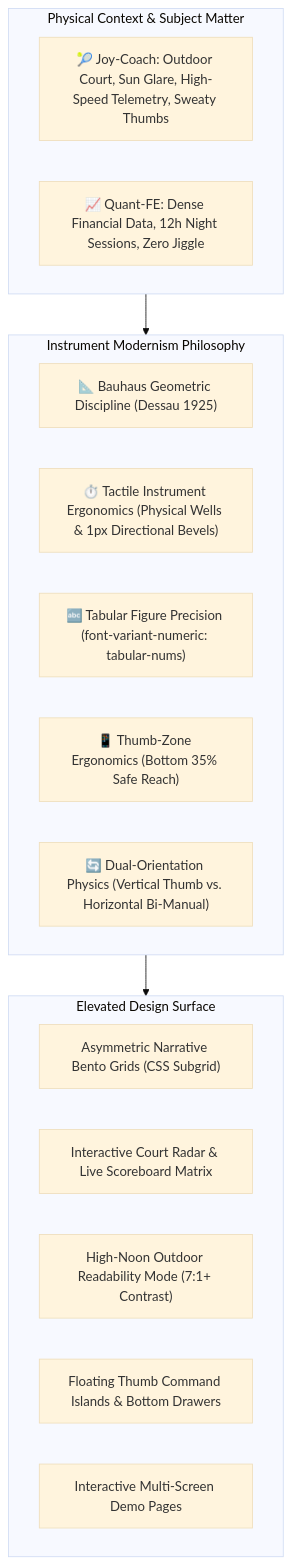
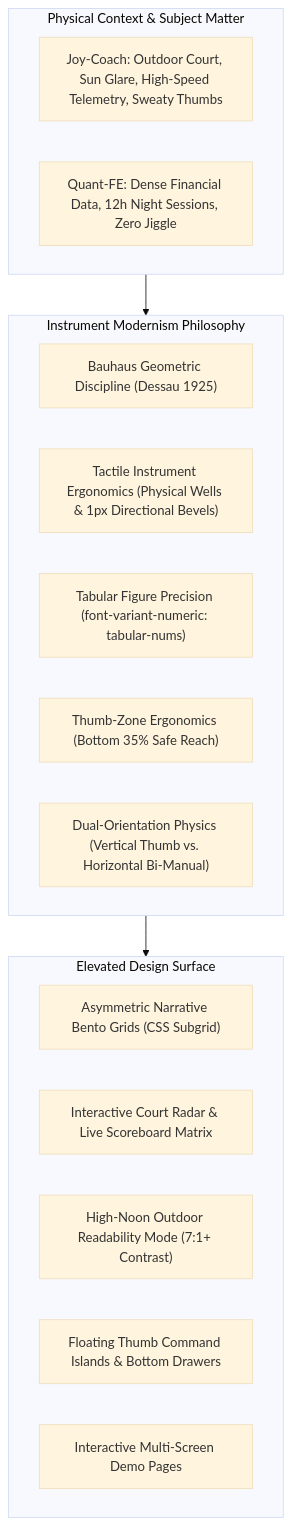
One commit to montionugera/joy-design changed the first of 4 diagrams in docs/superpowers/research/modern-design-elevation-research.md. Above: the diagram before and after it, drawn with Mermaid (base theme). The commit also changed other lines of this file, not shown here.

Commit message:
docs(research): enforce zero emoji policy in instrument modernism research doc

````diff
--- a/docs/superpowers/research/modern-design-elevation-research.md
+++ b/docs/superpowers/research/modern-design-elevation-research.md
@@ -49,22 +49,22 @@
 ```mermaid
 flowchart TD
     subgraph Subject["Physical Context & Subject Matter"]
-        A["🎾 Joy-Coach: Outdoor Court, Sun Glare, High-Speed Telemetry, Sweaty Thumbs"]
-        B["📈 Quant-FE: Dense Financial Data, 12h Night Sessions, Zero Jiggle"]
+        A["Joy-Coach: Outdoor Court, Sun Glare, High-Speed Telemetry, Sweaty Thumbs"]
+        B["Quant-FE: Dense Financial Data, 12h Night Sessions, Zero Jiggle"]
     end
     subgraph Core["Instrument Modernism Philosophy"]
-        C["📐 Bauhaus Geometric Discipline (Dessau 1925)"]
-        D["⏱️ Tactile Instrument Ergonomics (Physical Wells & 1px Directional Bevels)"]
-        E["🔤 Tabular Figure Precision (font-variant-numeric: tabular-nums)"]
-        F["📱 Thumb-Zone Ergonomics (Bottom 35% Safe Reach)"]
-        G["🔄 Dual-Orientation Physics (Vertical Thumb vs. Horizontal Bi-Manual)"]
+        C["Bauhaus Geometric Discipline (Dessau 1925)"]
+        D["Tactile Instrument Ergonomics (Physical Wells & 1px Directional Bevels)"]
+        E["Tabular Figure Precision (font-variant-numeric: tabular-nums)"]
+        F["Thumb-Zone Ergonomics (Bottom 35% Safe Reach)"]
+        G["Dual-Orientation Physics (Vertical Thumb vs. Horizontal Bi-Manual)"]
     end
     subgraph Output["Elevated Design Surface"]
         H["Asymmetric Narrative Bento Grids (CSS Subgrid)"]
         I["Interactive Court Radar & Live Scoreboard Matrix"]
         J["High-Noon Outdoor Readability Mode (7:1+ Contrast)"]
         K["Floating Thumb Command Islands & Bottom Drawers"]
         L["Interactive Multi-Screen Demo Pages"]
     end
     Subject --> Core --> Output
 ```
````
